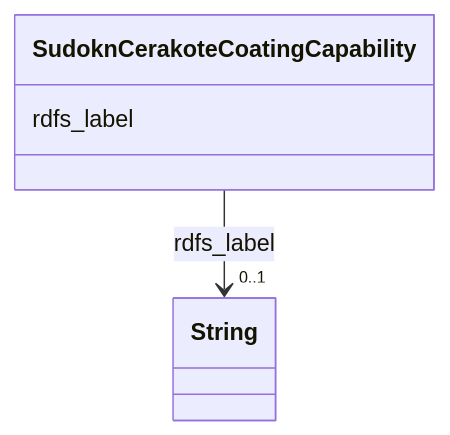
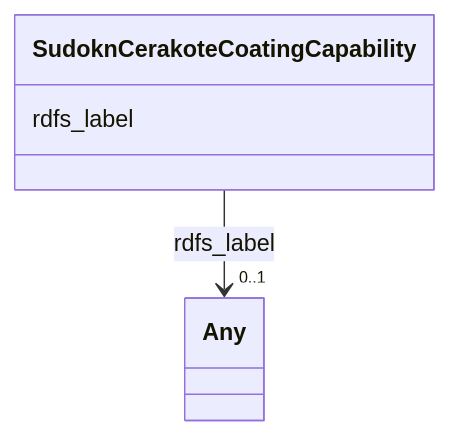
One commit to frink-okn/graph-descriptions changed the diagram in sudokn-kg/classes/SudoknCerakoteCoatingCapability.md. Above: the diagram before and after it, drawn with Mermaid. The commit also changed other lines of this file and 903 other files, not shown here.

````diff
--- a/sudokn-kg/classes/SudoknCerakoteCoatingCapability.md
+++ b/sudokn-kg/classes/SudoknCerakoteCoatingCapability.md
@@ -23,15 +18,15 @@
 ```mermaid
  classDiagram
     class SudoknCerakoteCoatingCapability
     click SudoknCerakoteCoatingCapability href "../SudoknCerakoteCoatingCapability"
       SudoknCerakoteCoatingCapability : rdfs_label
         
           
     
     
-    SudoknCerakoteCoatingCapability --> "0..1" String : rdfs_label
-    click String href "../String"
+    SudoknCerakoteCoatingCapability --> "0..1" Any : rdfs_label
+    click Any href "../Any"
 
         
       
 ```
````
